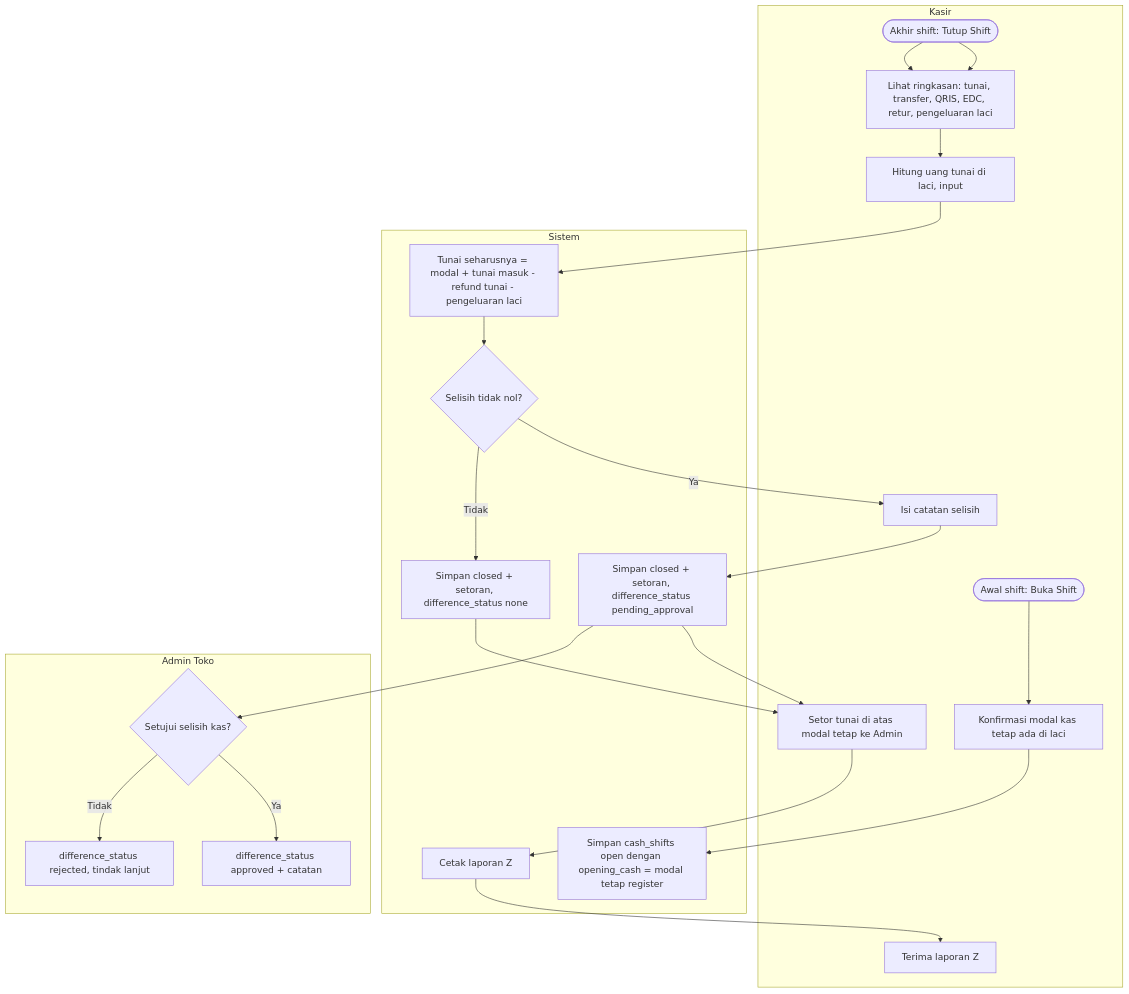
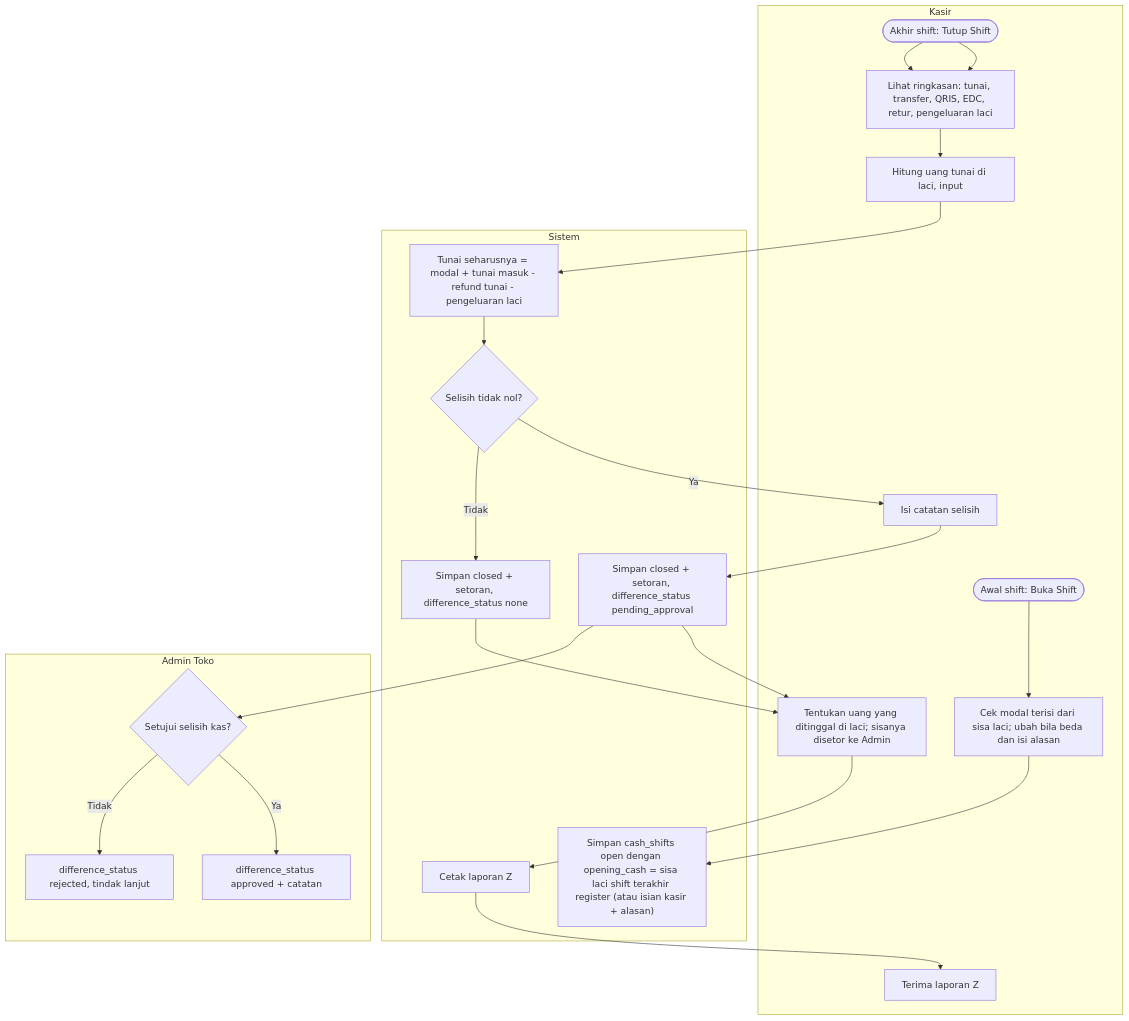
One commit to aliefpraditya/store-management changed the tenth of 30 diagrams in docs/analisis-sistem.md. Above: the diagram before and after it, drawn with Mermaid. The commit also changed other lines of this file and 35 other files, not shown here.

First line of the commit message:
Carry the drawer cash from one shift to the next instead of a fixed opening cash

````diff
--- a/docs/analisis-sistem.md
+++ b/docs/analisis-sistem.md
@@ -653,34 +653,34 @@
 ```mermaid
 flowchart TD
     subgraph KS["Kasir"]
-        K0(["Awal shift: Buka Shift"]) --> K0b["Konfirmasi modal kas tetap ada di laci"]
+        K0(["Awal shift: Buka Shift"]) --> K0b["Cek modal terisi dari sisa laci; ubah bila beda dan isi alasan"]
         K1(["Akhir shift: Tutup Shift"]) --> K2["Lihat ringkasan: tunai, transfer, QRIS, EDC, retur, pengeluaran laci"]
         K3["Hitung uang tunai di laci, input"]
         K5["Isi catatan selisih"]
-        K7["Setor tunai di atas modal tetap ke Admin"]
+        K7["Tentukan uang yang ditinggal di laci; sisanya disetor ke Admin"]
         K8["Terima laporan Z"]
     end
     subgraph SYS["Sistem"]
-        S0["Simpan cash_shifts open dengan opening_cash = modal tetap register"]
+        S0["Simpan cash_shifts open dengan opening_cash = sisa laci shift terakhir register (atau isian kasir + alasan)"]
         S2["Tunai seharusnya = modal + tunai masuk - refund tunai - pengeluaran laci"]
         S3{"Selisih tidak nol?"}
         S4["Simpan closed + setoran, difference_status pending_approval"]
         S4b["Simpan closed + setoran, difference_status none"]
         S5["Cetak laporan Z"]
     end
     subgraph ADM["Admin Toko"]
         A1{"Setujui selisih kas?"}
         A2["difference_status approved + catatan"]
         A3["difference_status rejected, tindak lanjut"]
     end
     K0b --> S0
     K1 --> K2 --> K3 --> S2 --> S3
     S3 -->|"Ya"| K5 --> S4
     S3 -->|"Tidak"| S4b
     S4 --> K7
     S4b --> K7
     K7 --> S5 --> K8
     S4 --> A1
     A1 -->|"Ya"| A2
     A1 -->|"Tidak"| A3
 ```
````
